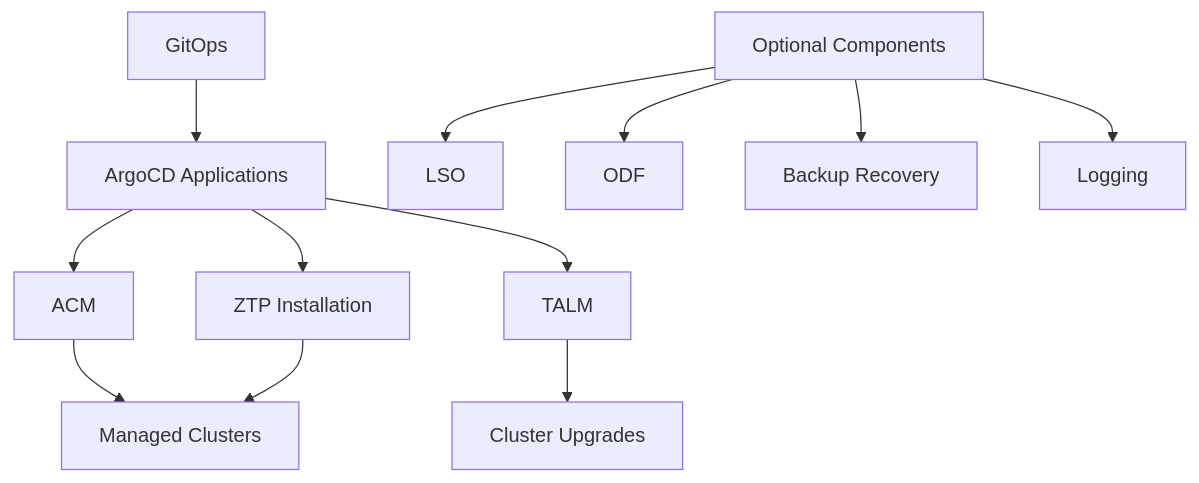
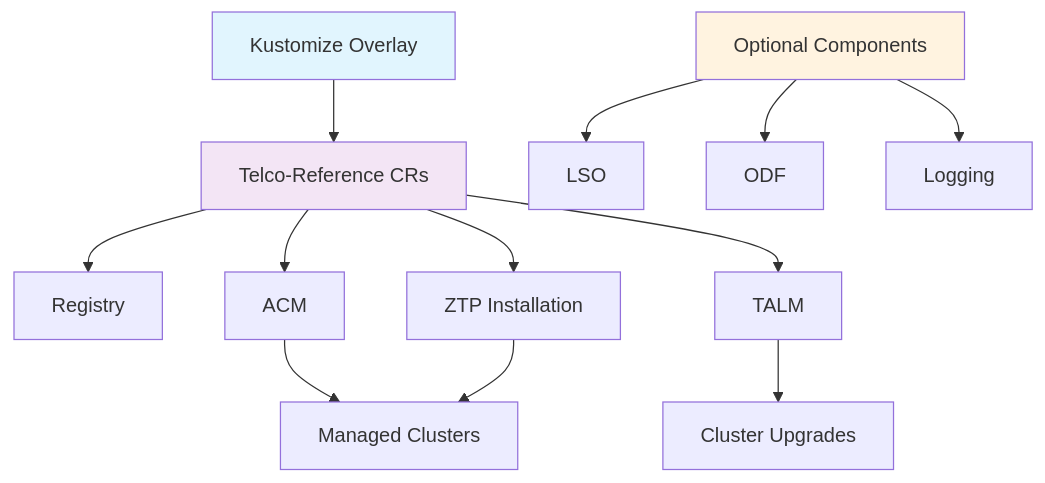
One commit to validatedpatterns-sandbox/telco-hub-pattern changed the diagram in docs/getting-started.md. Above: the diagram before and after it, drawn with Mermaid. The commit also changed other lines of this file and 36 other files, not shown here.

First line of the commit message:
CNF-19064: Implement kustomize approach for telco-reference integration

````diff
--- a/docs/getting-started.md
+++ b/docs/getting-started.md
@@ -291,15 +304,19 @@
 ```mermaid
 graph TD
-    A[GitOps] --> B[ArgoCD Applications]
-    B --> C[ACM]
-    B --> D[TALM]
-    B --> E[ZTP Installation]
-    C --> F[Managed Clusters]
-    E --> F
-    D --> G[Cluster Upgrades]
+    A[Kustomize Overlay] --> B[Telco-Reference CRs]
+    B --> C[Registry]
+    B --> D[ACM]
+    B --> E[TALM]
+    B --> F[ZTP Installation]
+    D --> G[Managed Clusters]
+    F --> G
+    E --> H[Cluster Upgrades]
     
-    H[Optional Components] --> I[LSO]
-    H --> J[ODF]
-    H --> L[Backup Recovery]
-    H --> M[Logging]
+    I[Optional Components] --> J[LSO]
+    I --> K[ODF]
+    I --> L[Logging]
+    
+    style A fill:#e1f5fe
+    style B fill:#f3e5f5
+    style I fill:#fff3e0
 ```
````
